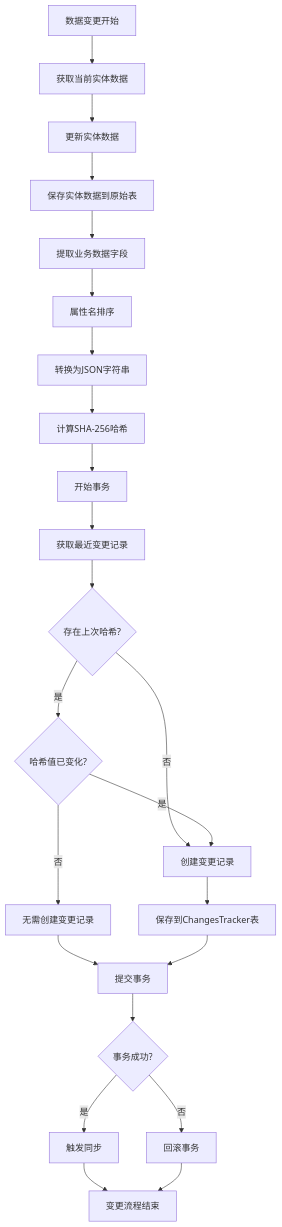
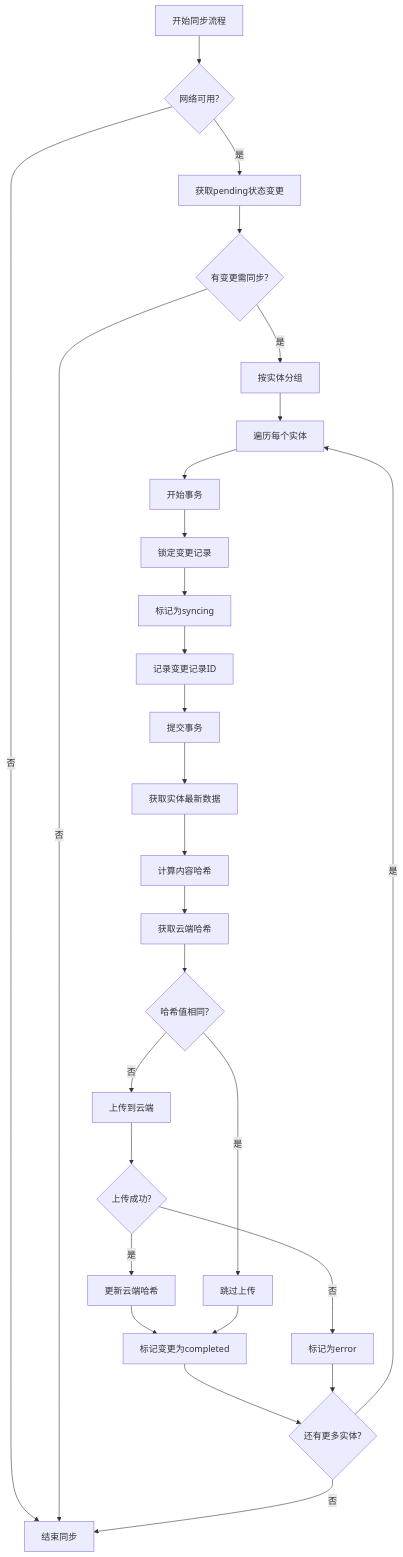
One commit to yingjianzh/iodraw-files changed the diagram in all/未命名-40.md. Above: the diagram before and after it, drawn with Mermaid.

Commit message:
2025-04-23 18:14:59 update

````diff
--- a/all/未命名-40.md
+++ b/all/未命名-40.md
@@ -1,32 +1,40 @@
 ```mermaid
 flowchart TD
-    Start[数据变更开始] --> GetEntity[获取当前实体数据]
-    GetEntity --> UpdateData[更新实体数据]
-    UpdateData --> SaveEntity[保存实体数据到原始表]
+    Start[开始同步流程] --> CheckNetwork{网络可用?}
+    CheckNetwork -- 否 --> End[结束同步]
+    CheckNetwork -- 是 --> FetchChanges[获取pending状态变更]
     
-    SaveEntity --> ExtractContent[提取业务数据字段]
-    ExtractContent --> SortProperties[属性名排序]
-    SortProperties --> ConvertToJson[转换为JSON字符串]
-    ConvertToJson --> ComputeSHA256[计算SHA-256哈希]
+    FetchChanges --> HasChanges{有变更需同步?}
+    HasChanges -- 否 --> End
+    HasChanges -- 是 --> GroupByEntity[按实体分组]
     
-    ComputeSHA256 --> BeginTx[开始事务]
-    BeginTx --> GetLastChange[获取最近变更记录]
+    GroupByEntity --> ForEachEntity[遍历每个实体]
+    ForEachEntity --> BeginTx[开始事务]
+    BeginTx --> LockChanges[锁定变更记录]
     
-    GetLastChange --> HashExists{存在上次哈希?}
-    HashExists -- 是 --> CompareHash{哈希值已变化?}
-    HashExists -- 否 --> CreateChange[创建变更记录]
+    LockChanges --> MarkSyncing[标记为syncing]
+    MarkSyncing --> RecordIds[记录变更记录ID]
+    RecordIds --> CommitTx[提交事务]
     
-    CompareHash -- 是 --> CreateChange
-    CompareHash -- 否 --> NoChangeNeeded[无需创建变更记录]
+    CommitTx --> FetchEntityData[获取实体最新数据]
+    FetchEntityData --> ComputeHash[计算内容哈希]
     
-    CreateChange --> SaveChange[保存到ChangesTracker表]
-    NoChangeNeeded --> CommitTx[提交事务]
+    ComputeHash --> GetCloudHash[获取云端哈希]
+    GetCloudHash --> HashEqual{哈希值相同?}
     
-    SaveChange --> CommitTx
-    CommitTx --> Success{事务成功?}
-    Success -- 是 --> TriggerSync[触发同步]
-    Success -- 否 --> RollbackTx[回滚事务]
+    HashEqual -- 是 --> SkipUpload[跳过上传]
+    HashEqual -- 否 --> UploadToCloud[上传到云端]
     
-    TriggerSync --> End[变更流程结束]
-    RollbackTx --> End
+    UploadToCloud --> Success{上传成功?}
+    Success -- 否 --> MarkError[标记为error]
+    Success -- 是 --> UpdateCloudHash[更新云端哈希]
+    
+    UpdateCloudHash --> MarkCompleted[标记变更为completed]
+    SkipUpload --> MarkCompleted
+    
+    MarkCompleted --> NextEntity{还有更多实体?}
+    MarkError --> NextEntity
+    
+    NextEntity -- 是 --> ForEachEntity
+    NextEntity -- 否 --> End
 ```
````
